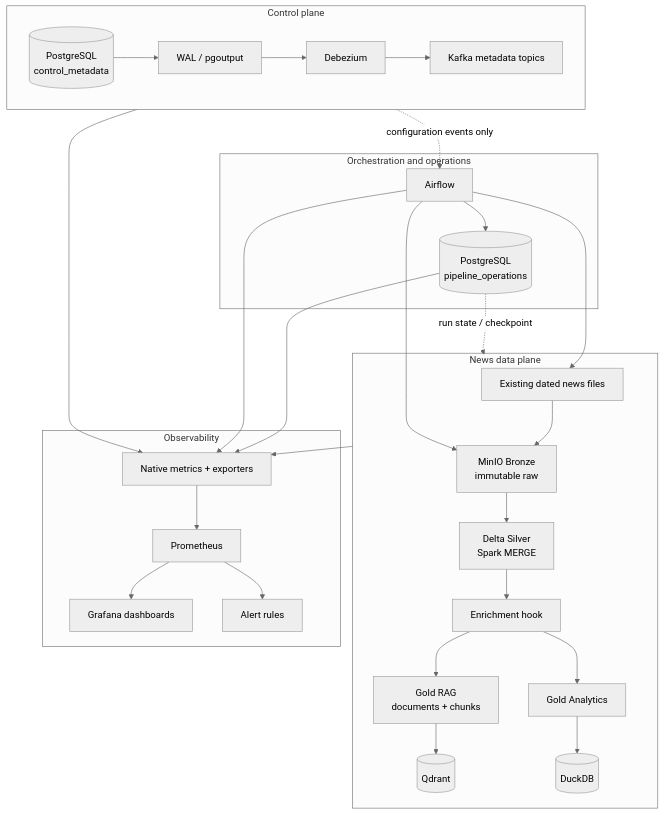
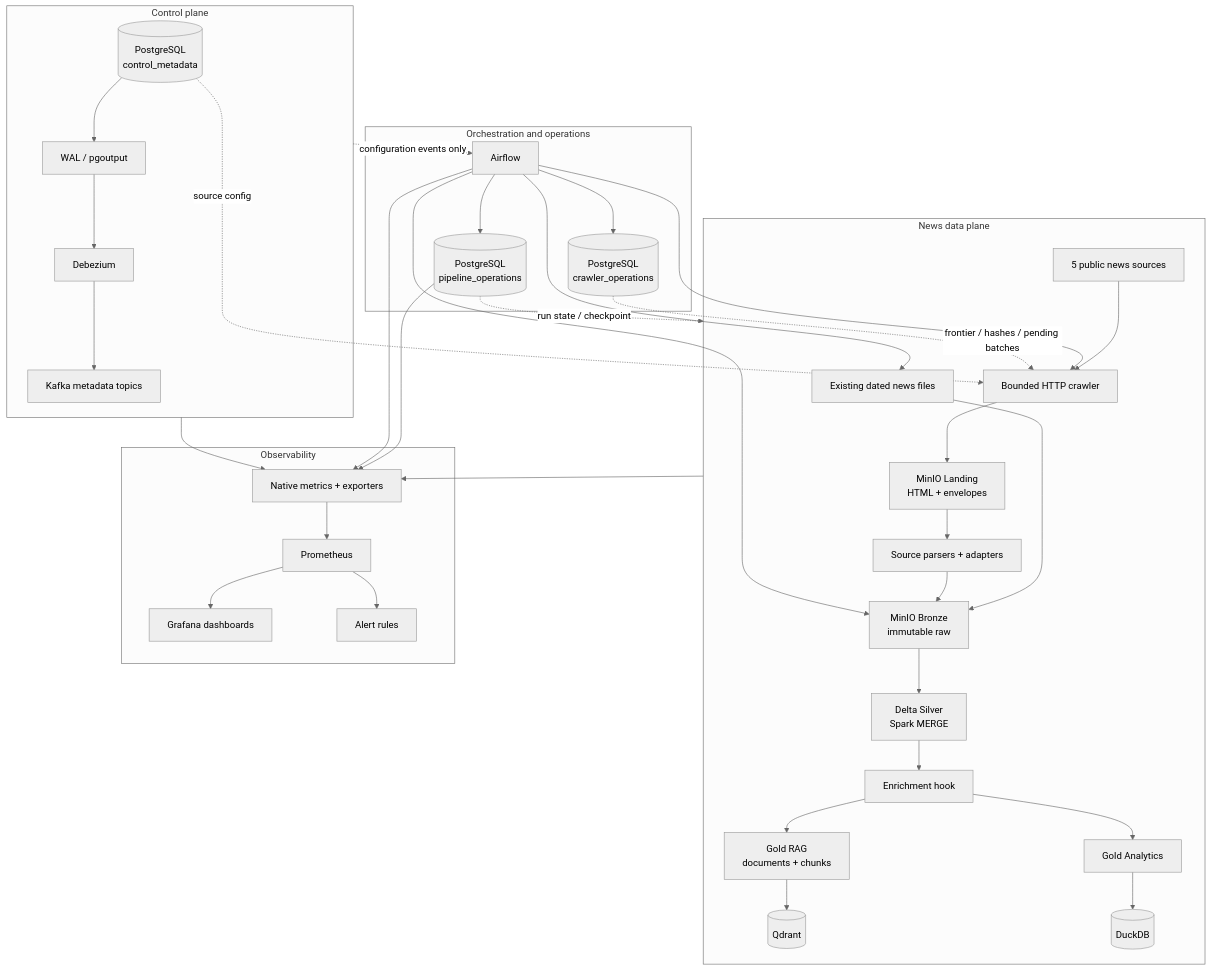
One commit to minhphu05/financial-news changed the diagram in README.md. Above: the diagram before and after it, drawn with Mermaid (neutral theme). The commit also changed other lines of this file and 18 other files, not shown here.

````diff
--- a/README.md
+++ b/README.md
@@ -80,39 +83,48 @@
 ```mermaid
 flowchart TB
     subgraph CP[Control plane]
         PGCFG[(PostgreSQL<br/>control_metadata)] --> WAL[WAL / pgoutput]
         WAL --> DBZ[Debezium]
         DBZ --> KF[Kafka metadata topics]
     end
 
     subgraph ORCH[Orchestration and operations]
         AF[Airflow]
         OPG[(PostgreSQL<br/>pipeline_operations)]
+        CPG[(PostgreSQL<br/>crawler_operations)]
         AF --> OPG
+        AF --> CPG
     end
 
     subgraph DP[News data plane]
         SRC[Existing dated news files] --> BR[MinIO Bronze<br/>immutable raw]
+        WEB[5 public news sources] --> CRAWL[Bounded HTTP crawler]
+        CRAWL --> LAND[MinIO Landing<br/>HTML + envelopes]
+        LAND --> ADAPT[Source parsers + adapters]
+        ADAPT --> BR
         BR --> SI[Delta Silver<br/>Spark MERGE]
         SI --> ENR[Enrichment hook]
         ENR --> GR[Gold RAG<br/>documents + chunks]
         ENR --> GA[Gold Analytics]
         GR --> QD[(Qdrant)]
         GA --> DU[(DuckDB)]
     end
 
     subgraph OBS[Observability]
         EXP[Native metrics + exporters] --> PROM[Prometheus]
         PROM --> GRAF[Grafana dashboards]
         PROM --> ALERTS[Alert rules]
     end
 
     AF --> SRC
+    AF --> CRAWL
     AF --> BR
+    PGCFG -. source config .-> CRAWL
+    CPG -. frontier / hashes / pending batches .-> CRAWL
     OPG -. run state / checkpoint .-> DP
     CP -. configuration events only .-> AF
     OPG --> EXP
     AF --> EXP
     CP --> EXP
     DP --> EXP
 ```
````
